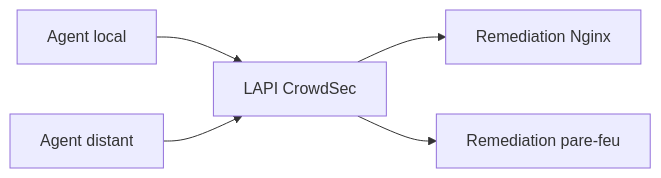
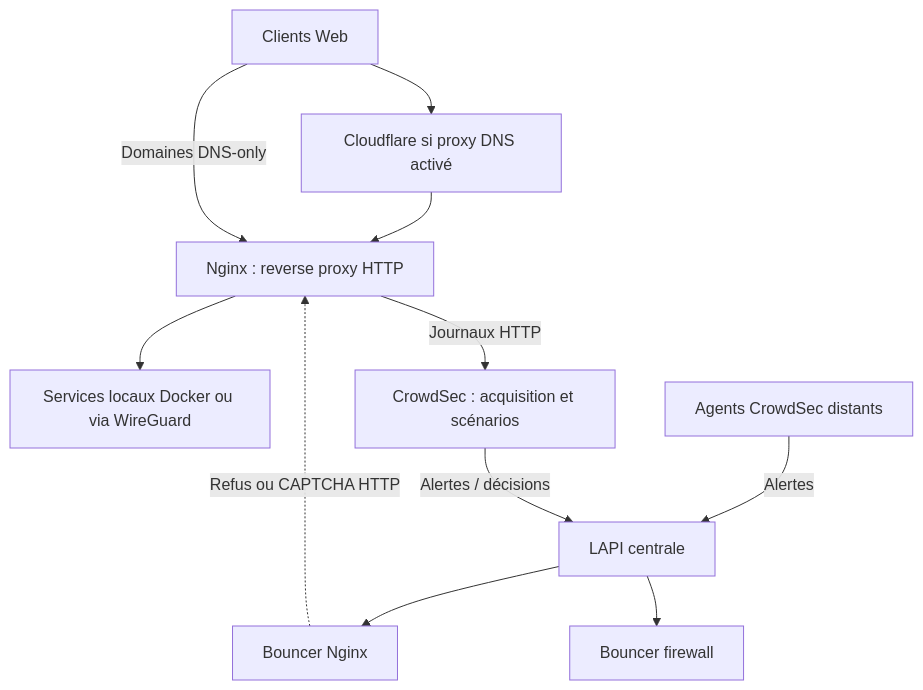
The diagram in projects/crowdsec/README.md (thadji-fr/devsecops), drawn with Mermaid before and after one commit. The commit also changed other lines of this file, not shown here.

Commit message:
docs(crowdsec): emphasize Nginx roles and link article-aligned technical case study

````diff
--- a/projects/crowdsec/README.md
+++ b/projects/crowdsec/README.md
@@ -5,7 +9,13 @@
 ```mermaid
-flowchart LR
-   AgentA[Agent local] --> LAPI[LAPI CrowdSec]
-   AgentB[Agent distant] --> LAPI
-   LAPI --> Web[Remediation Nginx]
-   LAPI --> Firewall[Remediation pare-feu]
+flowchart TD
+    Internet[Clients Web] --> CF[Cloudflare si proxy DNS activé]
+    CF --> Nginx[Nginx : reverse proxy HTTP]
+    Internet -->|Domaines DNS-only| Nginx
+    Nginx --> Services[Services locaux Docker ou via WireGuard]
+    Nginx -->|Journaux HTTP| Agent[CrowdSec : acquisition et scénarios]
+    Distant[Agents CrowdSec distants] -->|Alertes| LAPI[LAPI centrale]
+    Agent -->|Alertes / décisions| LAPI
+    LAPI --> BN[Bouncer Nginx]
+    LAPI --> BF[Bouncer firewall]
+    BN -.->|Refus ou CAPTCHA HTTP| Nginx
 ```
````
